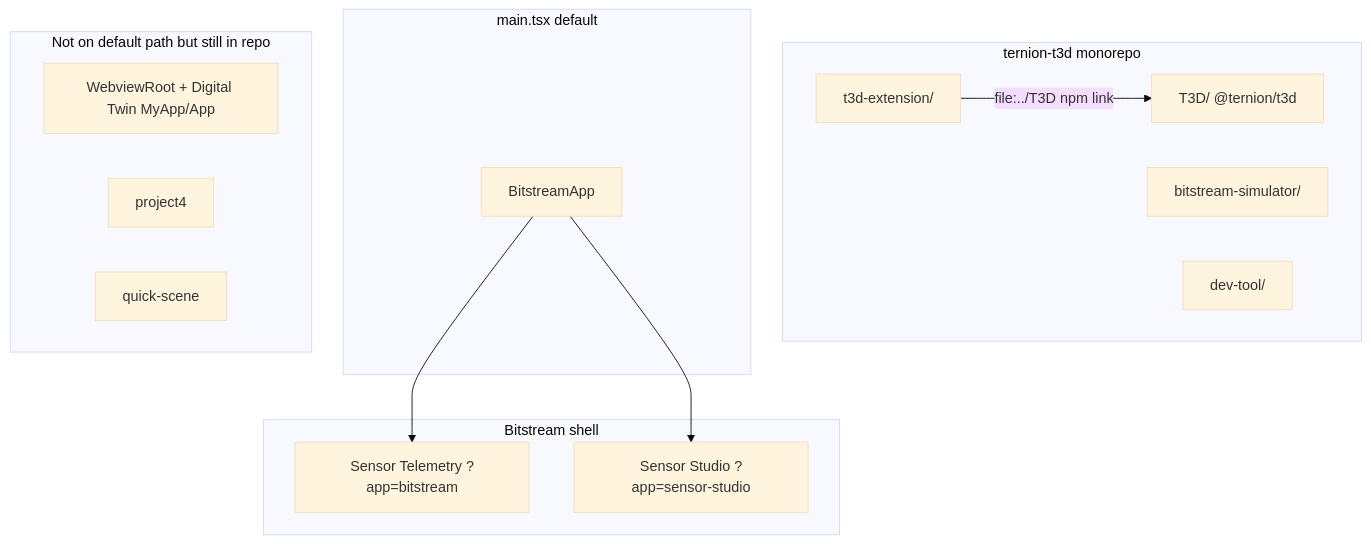
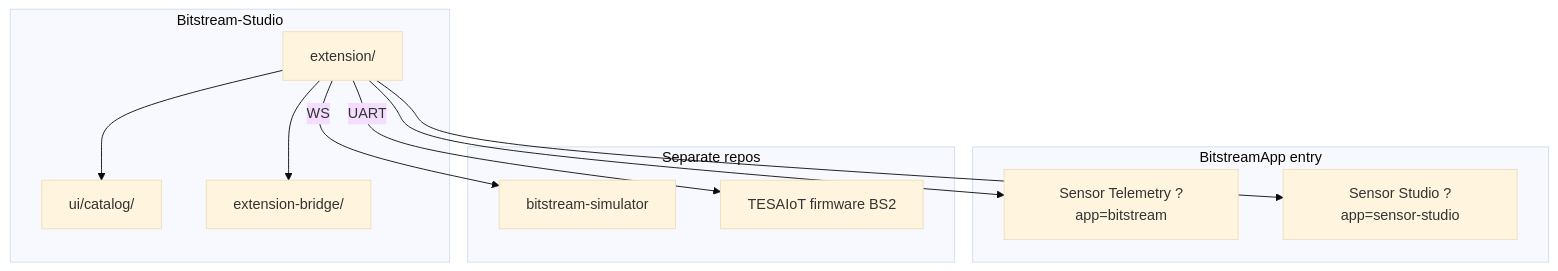
Before and after one commit to drsanti/Bitstream-Studio: the first of 2 diagrams in extension/docs/BITSTREAM_T3D_DECOUPLING_PLAN.md, drawn with Mermaid (base theme). The commit also changed other lines of this file and 30 other files, not shown here.

````diff
--- a/extension/docs/BITSTREAM_T3D_DECOUPLING_PLAN.md
+++ b/extension/docs/BITSTREAM_T3D_DECOUPLING_PLAN.md
@@ -14,28 +14,25 @@
 ```mermaid
 flowchart TB
-  subgraph monorepo [ternion-t3d monorepo]
-    T3D[T3D/ @ternion/t3d]
-    EXT[t3d-extension/]
-    SIM[bitstream-simulator/]
-    DEV[dev-tool/]
+  subgraph repo [Bitstream-Studio]
+    EXT[extension/]
+    CAT[ui/catalog/]
+    BR[extension-bridge/]
   end
 
-  subgraph entry [main.tsx default]
-    BA[BitstreamApp]
-  end
-
-  subgraph apps [Bitstream shell]
+  subgraph apps [BitstreamApp entry]
     TEL[Sensor Telemetry ?app=bitstream]
     SS[Sensor Studio ?app=sensor-studio]
   end
 
-  EXT -->|file:../T3D npm link| T3D
-  BA --> TEL
-  BA --> SS
+  subgraph external [Separate repos]
+    SIM[bitstream-simulator]
+    FW[TESAIoT firmware BS2]
+  end
 
-  subgraph dead [Not on default path but still in repo]
-    WR[WebviewRoot + Digital Twin MyApp/App]
-    P4[project4]
-    QS[quick-scene]
-  end
+  EXT --> CAT
+  EXT --> BR
+  EXT --> TEL
+  EXT --> SS
+  EXT -->|WS| SIM
+  EXT -->|UART| FW
 ```
````
